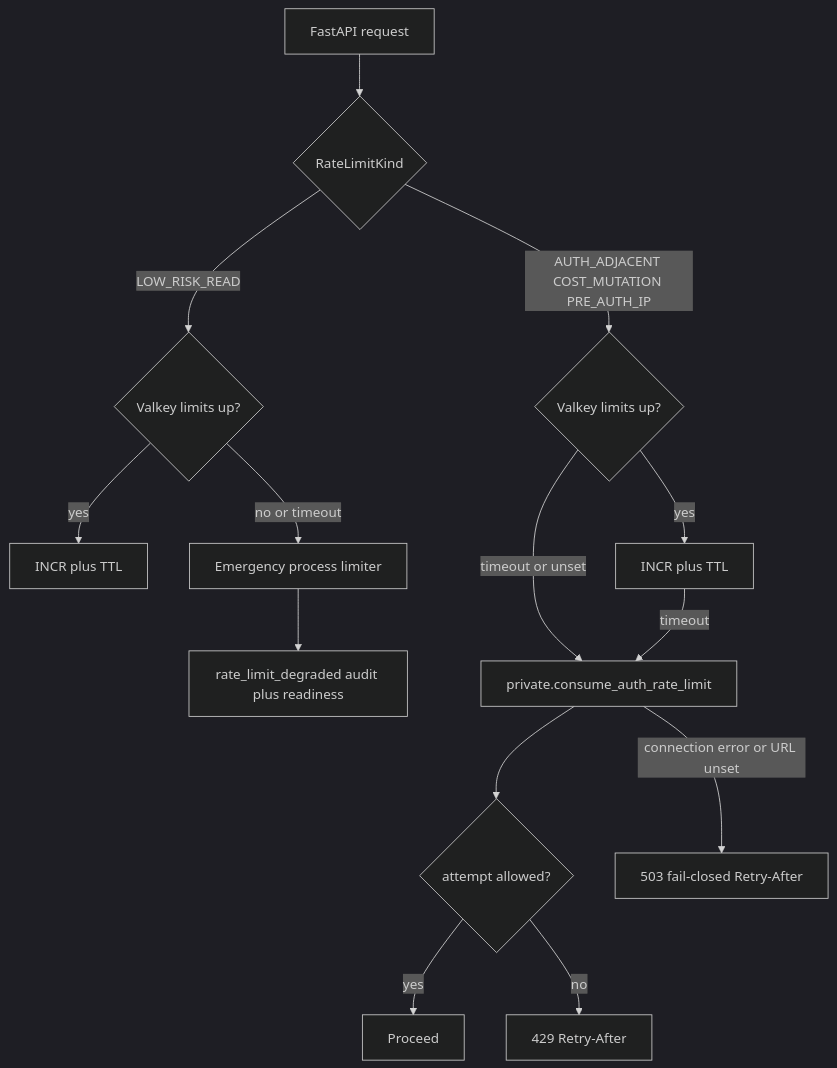
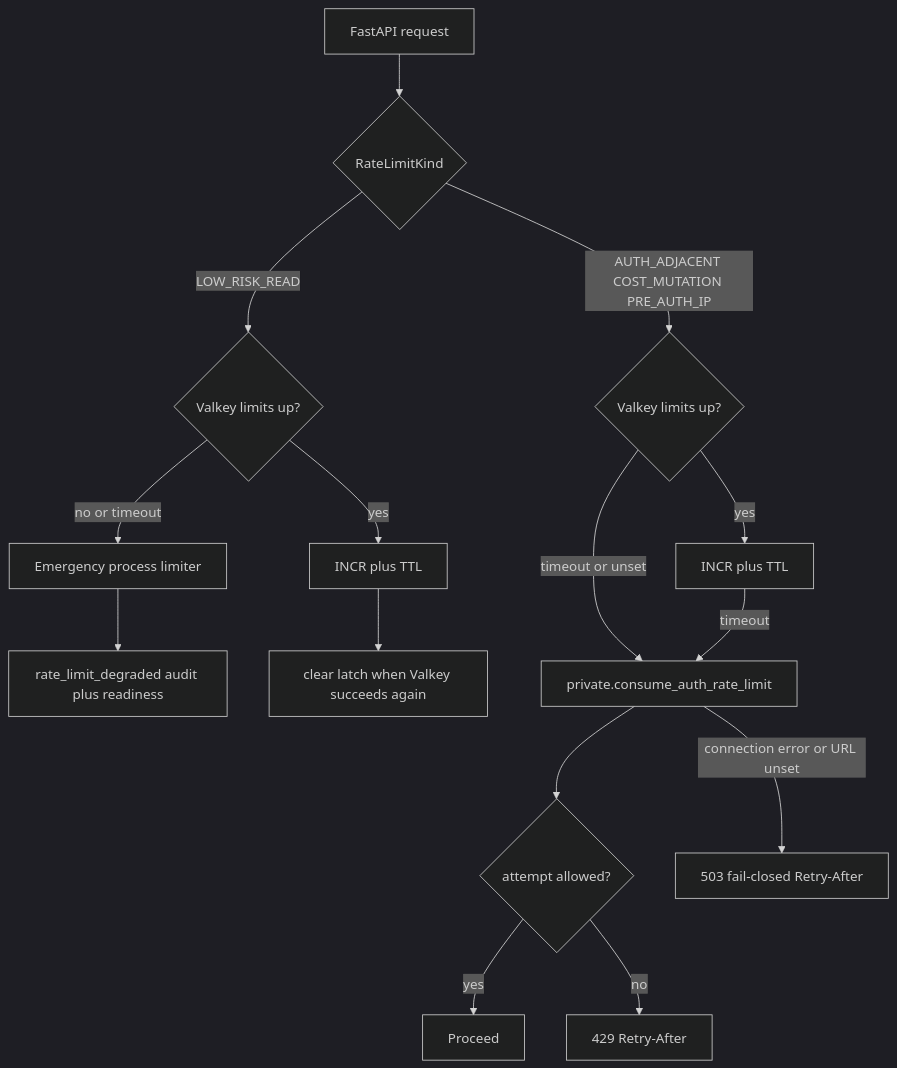
One commit to Nagdy8888/smart-rag changed the diagram in docs/security/AUTH_RATE_LIMIT_OWNERSHIP.md. Above: the diagram before and after it, drawn with Mermaid (dark theme). The commit also changed other lines of this file and 43 other files, not shown here.

````diff
--- a/docs/security/AUTH_RATE_LIMIT_OWNERSHIP.md
+++ b/docs/security/AUTH_RATE_LIMIT_OWNERSHIP.md
@@ -29,16 +29,17 @@
 ```mermaid
 flowchart TD
   req[FastAPI request] --> kind{RateLimitKind}
   kind -->|LOW_RISK_READ| valkeyRead{Valkey limits up?}
   valkeyRead -->|yes| incrRead[INCR plus TTL]
   valkeyRead -->|no or timeout| emergency[Emergency process limiter]
   emergency --> audit[rate_limit_degraded audit plus readiness]
+  incrRead --> recovered[clear latch when Valkey succeeds again]
   kind -->|AUTH_ADJACENT COST_MUTATION PRE_AUTH_IP| valkeyMut{Valkey limits up?}
   valkeyMut -->|yes| incrMut[INCR plus TTL]
   valkeyMut -->|timeout or unset| pg[private.consume_auth_rate_limit]
   incrMut -->|timeout| pg
   pg --> allowed{attempt allowed?}
   allowed -->|yes| ok[Proceed]
   allowed -->|no| deny429[429 Retry-After]
   pg -->|connection error or URL unset| fail503[503 fail-closed Retry-After]
 ```
````
